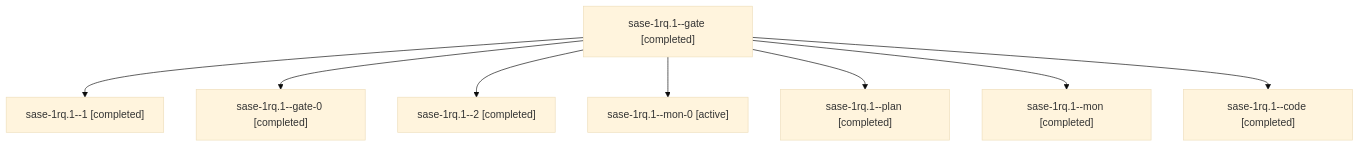
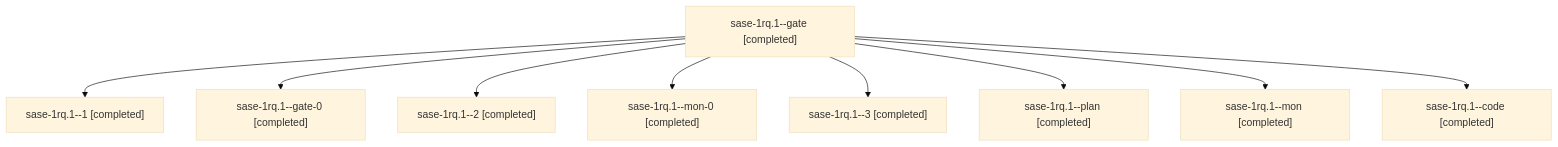
The diagram in sessions/bbugyi200.athena.sase-1rq.1.md (sase-org/sase--agents), drawn with Mermaid (base theme) before and after one commit. The commit also changed other lines of this file and 89 other files, not shown here.

````diff
--- a/sessions/bbugyi200.athena.sase-1rq.1.md
+++ b/sessions/bbugyi200.athena.sase-1rq.1.md
@@ -9,18 +9,20 @@
 ```mermaid
 flowchart TD
   n0["sase-1rq.1--gate [completed]"]
   n1["sase-1rq.1--1 [completed]"]
   n0 --> n1
   n2["sase-1rq.1--gate-0 [completed]"]
   n0 --> n2
   n3["sase-1rq.1--2 [completed]"]
   n0 --> n3
-  n4["sase-1rq.1--mon-0 [active]"]
+  n4["sase-1rq.1--mon-0 [completed]"]
   n0 --> n4
-  n5["sase-1rq.1--plan [completed]"]
+  n5["sase-1rq.1--3 [completed]"]
   n0 --> n5
-  n6["sase-1rq.1--mon [completed]"]
+  n6["sase-1rq.1--plan [completed]"]
   n0 --> n6
-  n7["sase-1rq.1--code [completed]"]
+  n7["sase-1rq.1--mon [completed]"]
   n0 --> n7
+  n8["sase-1rq.1--code [completed]"]
+  n0 --> n8
 ```
````
